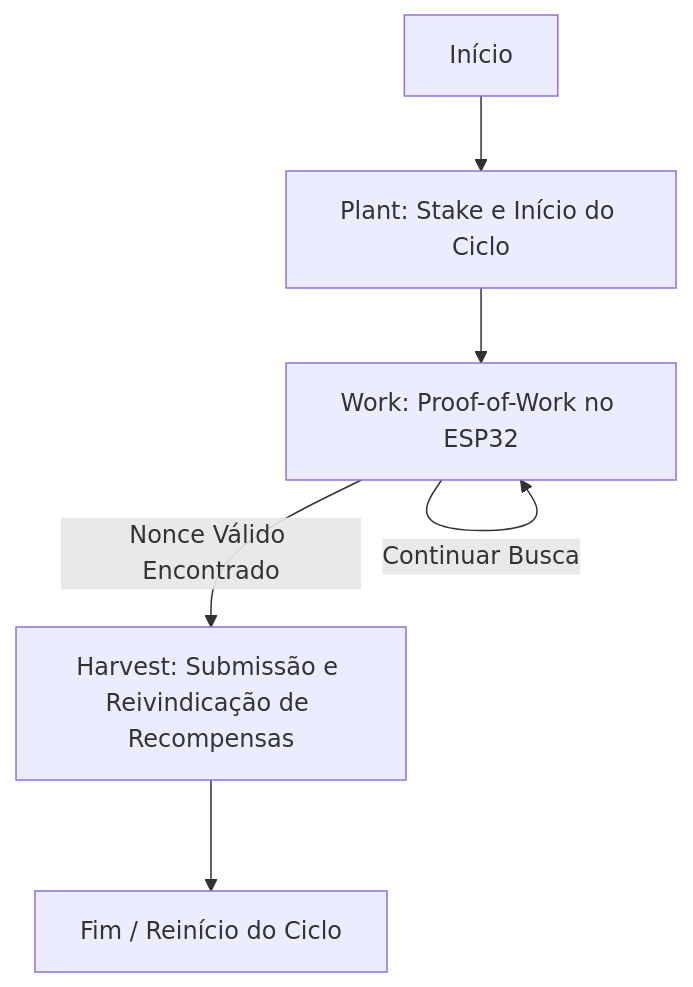
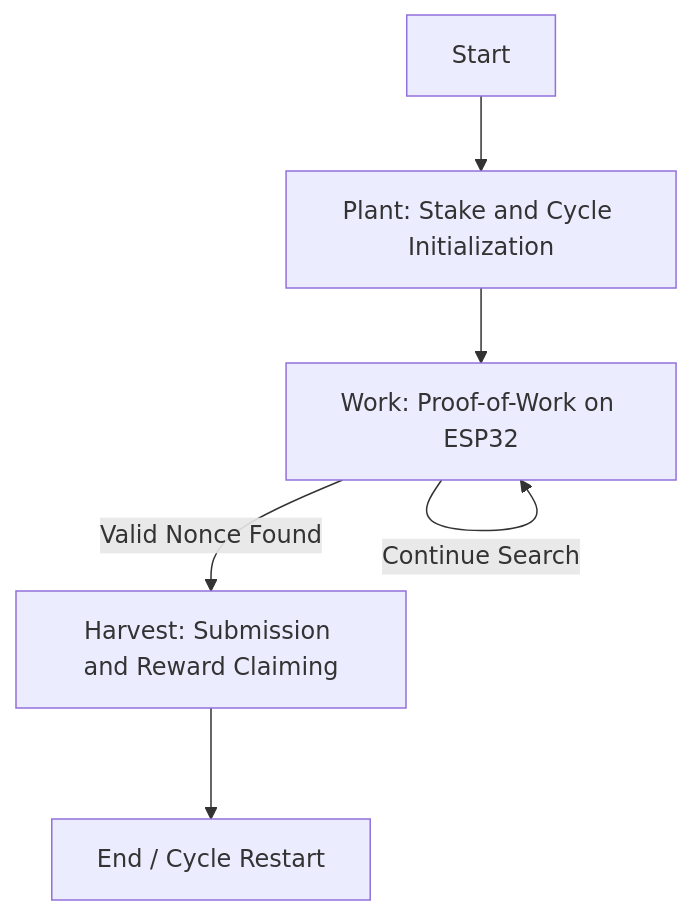
The second of 3 diagrams in README.md (olivmath/kalesp), drawn with Mermaid before and after one commit. The commit also changed other lines of this file, not shown here.

````diff
--- a/README.md
+++ b/README.md
@@ -34,8 +34,8 @@
 ```mermaid
 graph TD
-    A[Início] --> B[Plant: Stake e Início do Ciclo]
-    B --> C[Work: Proof-of-Work no ESP32]
-    C -->|Nonce Válido Encontrado| D[Harvest: Submissão e Reivindicação de Recompensas]
-    C -->|Continuar Busca| C
-    D --> E[Fim / Reinício do Ciclo]
+    A[Start] --> B[Plant: Stake and Cycle Initialization]
+    B --> C[Work: Proof-of-Work on ESP32]
+    C -->|Valid Nonce Found| D[Harvest: Submission and Reward Claiming]
+    C -->|Continue Search| C
+    D --> E[End / Cycle Restart]
 ```
````
